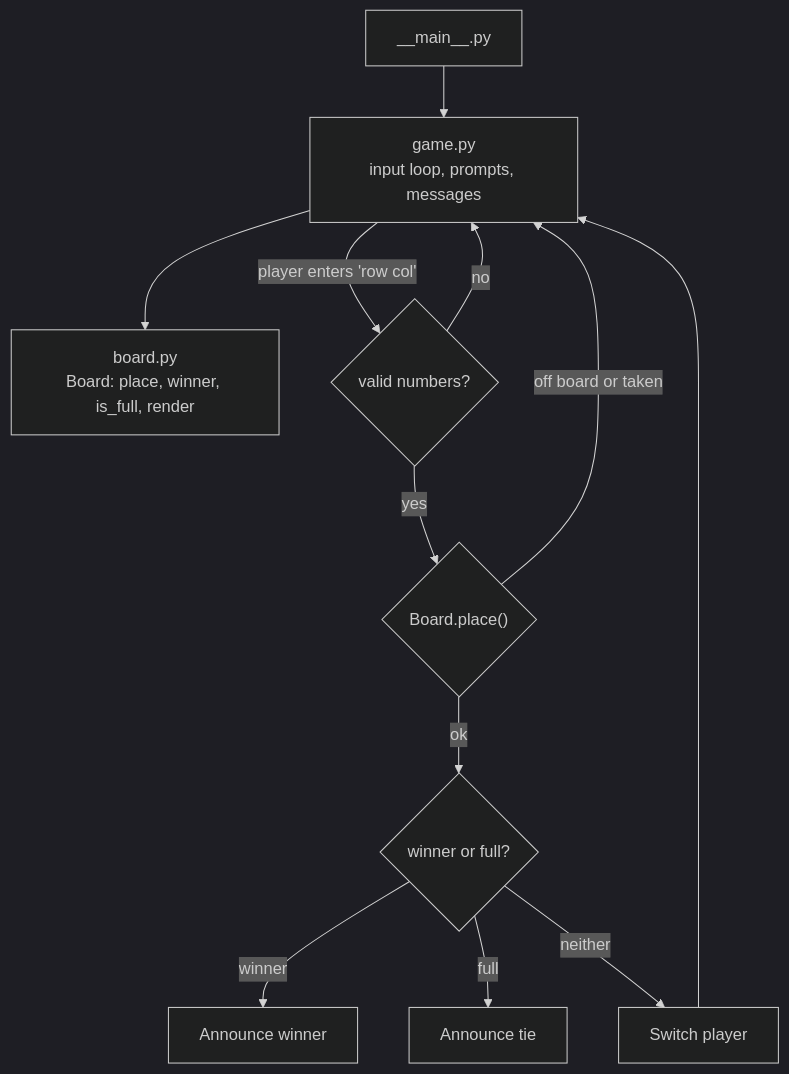
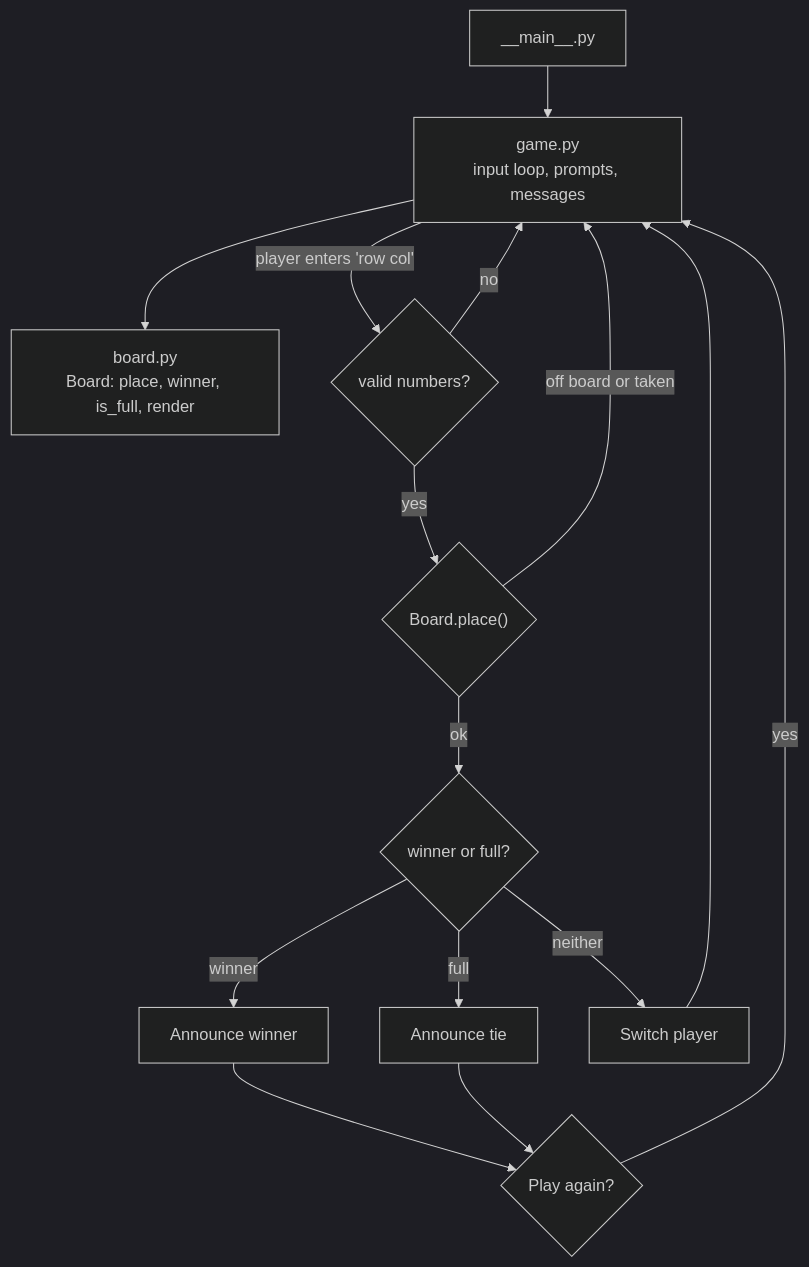
One commit to Praneetha1844/Gridlock changed the diagram in README.md. Above: the diagram before and after it, drawn with Mermaid (dark theme). The commit also changed other lines of this file and 2 other files, not shown here.

````diff
--- a/README.md
+++ b/README.md
@@ -42,13 +43,16 @@
 ```mermaid
 flowchart TD
     main["__main__.py"] --> game["game.py<br/>input loop, prompts, messages"]
     game --> board["board.py<br/>Board: place, winner, is_full, render"]
     game -->|"player enters 'row col'"| parse{valid numbers?}
     parse -- no --> game
     parse -- yes --> place{"Board.place()"}
     place -- "off board or taken" --> game
     place -- ok --> check{"winner or full?"}
     check -- "winner" --> win[Announce winner]
     check -- "full" --> tie[Announce tie]
     check -- "neither" --> swap[Switch player] --> game
+    win --> again{Play again?}
+    tie --> again
+    again -- yes --> game
 ```
````
